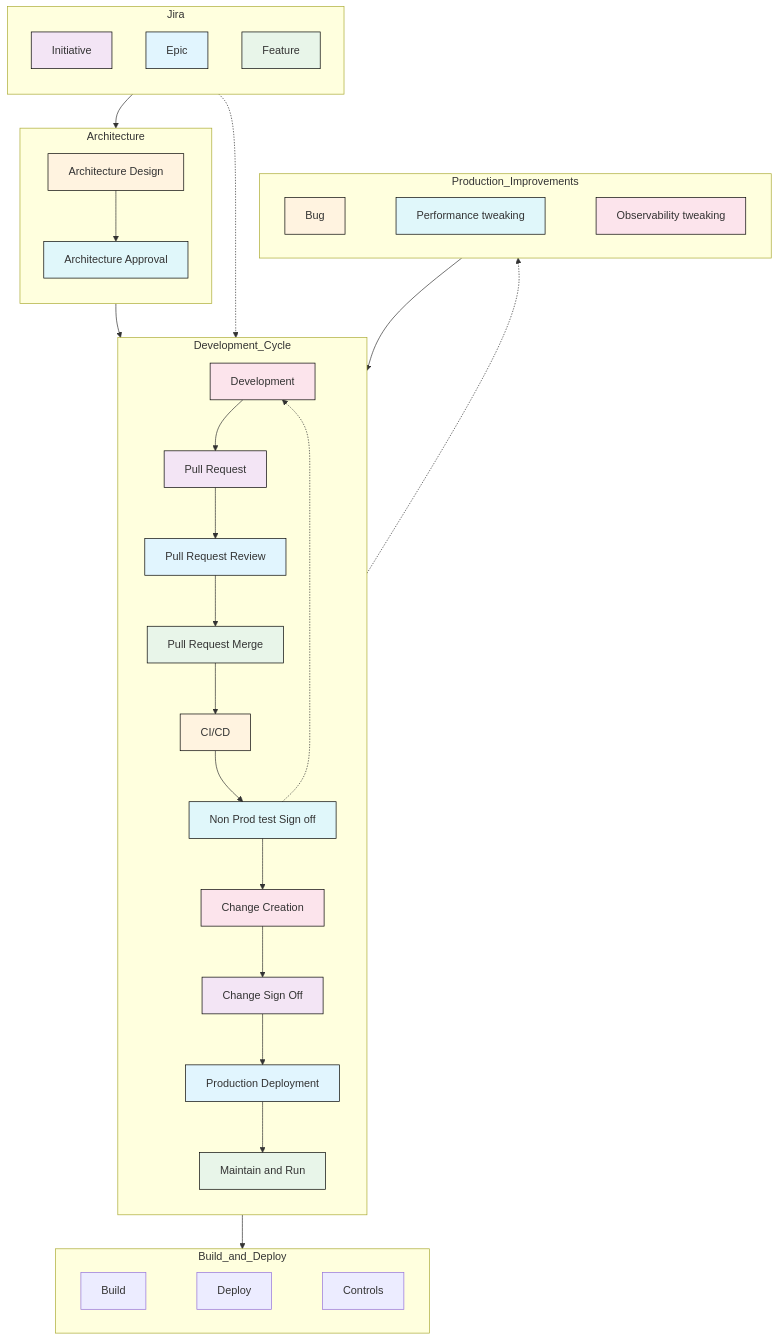
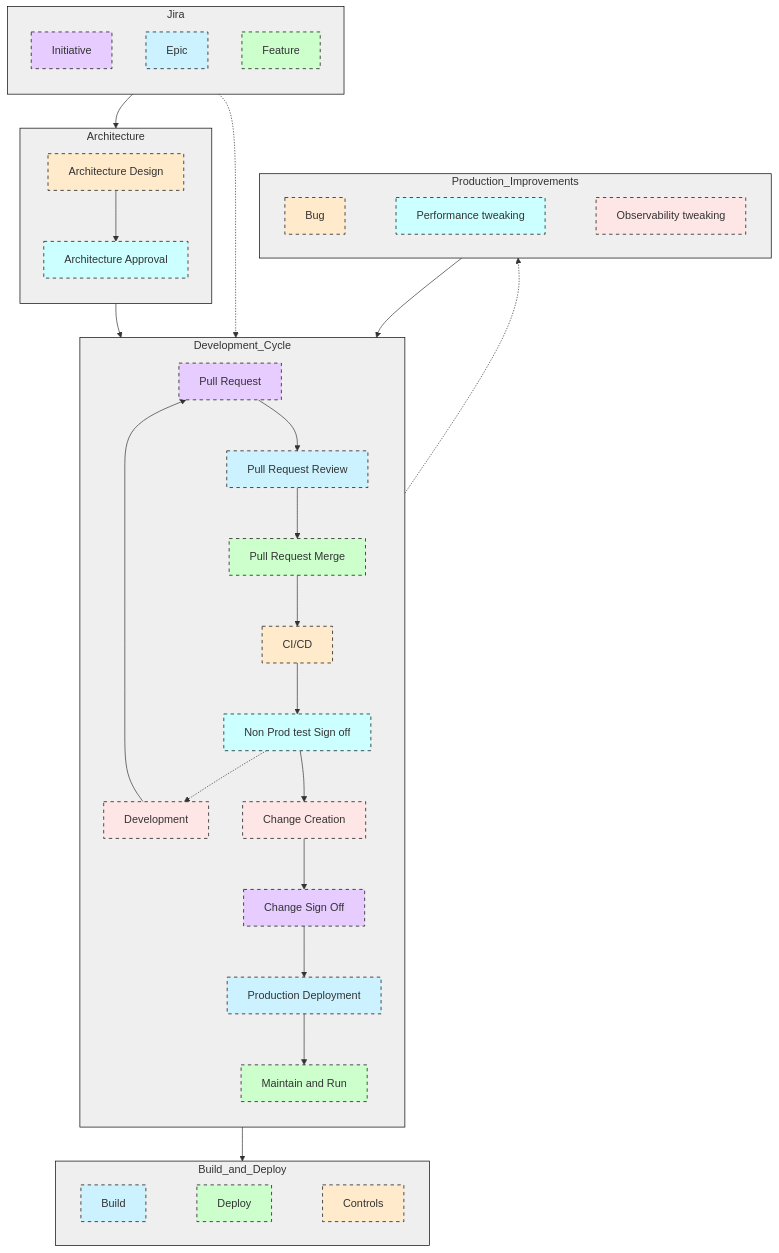
One commit to woutermesker/CycleTime changed the diagram in test.md. Above: the diagram before and after it, drawn with Mermaid.

````diff
--- a/test.md
+++ b/test.md
@@ -1,70 +1,86 @@
 ```mermaid
-graph
-
-direction LR
-subgraph Development_Cycle
-        direction TB
-        style F fill:#fce4ec,stroke:#000,stroke-width:1px
-        style G fill:#f3e5f5,stroke:#000,stroke-width:1px
-        style H fill:#e1f5fe,stroke:#000,stroke-width:1px
-        style I fill:#e8f5e9,stroke:#000,stroke-width:1px
-        style J fill:#fff3e0,stroke:#000,stroke-width:1px
-        style K fill:#e0f7fa,stroke:#000,stroke-width:1px
-        style L fill:#fce4ec,stroke:#000,stroke-width:1px
-        style M fill:#f3e5f5,stroke:#000,stroke-width:1px
-        style N fill:#e1f5fe,stroke:#000,stroke-width:1px
-        style O fill:#e8f5e9,stroke:#000,stroke-width:1px
-        F[Development] --> G[Pull Request]
-        G --> H[Pull Request Review]
-        H --> I[Pull Request Merge]
-        I --> J[CI/CD]
-        J --> K[Non Prod test Sign off]
-        K -.-> F
-        K --> L[Change Creation]
-        L --> M[Change Sign Off]
-        M --> N[Production Deployment]
-        N --> O[Maintain and Run]
-    end
-subgraph Architecture
-direction TB
-        style D fill:#fff3e0,stroke:#000,stroke-width:1px
-        style E fill:#e0f7fa,stroke:#000,stroke-width:1px
-        D[Architecture Design] --> E[Architecture Approval]
-        E[Architecture Approval] 
-    end
+flowchart TB
+ subgraph Development_Cycle["Development_Cycle"]
+    direction TB
+        G["Pull Request"]
+        F["Development"]
+        H["Pull Request Review"]
+        I["Pull Request Merge"]
+        J["CI/CD"]
+        K["Non Prod test Sign off"]
+        L["Change Creation"]
+        M["Change Sign Off"]
+        N["Production Deployment"]
+        O["Maintain and Run"]
+  end
+ subgraph Architecture["Architecture"]
+    direction TB
+        E["Architecture Approval"]
+        D["Architecture Design"]
+  end
+ subgraph Jira["Jira"]
+    direction TB
+        A["Initiative"]
+        B["Epic"]
+        C["Feature"]
+  end
+ subgraph Production_Improvements["Production_Improvements"]
+        Q["Performance tweaking"]
+        P["Bug"]
+        R["Observability tweaking"]
+  end
+ subgraph Build_and_Deploy["Build_and_Deploy"]
+    direction LR
+        T["Deploy"]
+        W["Build"]
+        S["Controls"]
+  end
+    F --> G
+    G --> H
+    H --> I
+    I --> J
+    J --> K & Build_and_Deploy
+    K -.-> F
+    K --> L
+    L --> M
+    M --> N
+    N --> O
+    D --> E
+    Architecture --> F
+    Jira --> Architecture
+    Jira -.-> F
+    Production_Improvements --> F
+    O -.-> Production_Improvements
+    P ~~~ Q
+    Q ~~~ R
+    W ~~~ T
+    T ~~~ S
+    style G fill:#e6ccff,stroke:#000,stroke-width:1px,stroke-dasharray: 5 5
+    style F fill:#ffe6e6,stroke:#000,stroke-width:1px,stroke-dasharray: 5 5
+    style H fill:#ccf2ff,stroke:#000,stroke-width:1px,stroke-dasharray: 5 5
+    style I fill:#ccffcc,stroke:#000,stroke-width:1px,stroke-dasharray: 5 5
+    style J fill:#ffebcc,stroke:#000,stroke-width:1px,stroke-dasharray: 5 5
+    style K fill:#ccffff,stroke:#000,stroke-width:1px,stroke-dasharray: 5 5
+    style L fill:#ffe6e6,stroke:#000,stroke-width:1px,stroke-dasharray: 5 5
+    style M fill:#e6ccff,stroke:#000,stroke-width:1px,stroke-dasharray: 5 5
+    style N fill:#ccf2ff,stroke:#000,stroke-width:1px,stroke-dasharray: 5 5
+    style O fill:#ccffcc,stroke:#000,stroke-width:1px,stroke-dasharray: 5 5
+    style E fill:#ccffff,stroke:#000,stroke-width:1px,stroke-dasharray: 5 5
+    style D fill:#ffebcc,stroke:#000,stroke-width:1px,stroke-dasharray: 5 5
+    style A fill:#e6ccff,stroke:#000,stroke-width:1px,stroke-dasharray: 5 5
+    style B fill:#ccf2ff,stroke:#000,stroke-width:1px,stroke-dasharray: 5 5
+    style C fill:#ccffcc,stroke:#000,stroke-width:1px,stroke-dasharray: 5 5
+    style Q fill:#ccffff,stroke:#000,stroke-width:1px,stroke-dasharray: 5 5
+    style P fill:#ffebcc,stroke:#000,stroke-width:1px,stroke-dasharray: 5 5
+    style R fill:#ffe6e6,stroke:#000,stroke-width:1px,stroke-dasharray: 5 5
+    style T fill:#ccffcc,stroke:#000,stroke-width:1px,stroke-dasharray: 5 5
+    style W fill:#ccf2ff,stroke:#000,stroke-width:1px,stroke-dasharray: 5 5
+    style S fill:#ffebcc,stroke:#000,stroke-width:1px,stroke-dasharray: 5 5
+    style Build_and_Deploy stroke:#000,fill:#eeee
+    style Architecture fill:#eeee, stroke:#000
+    style Jira fill:#eeee, stroke:#000
+    style Production_Improvements fill:#eeee, stroke:#000
+    style Development_Cycle fill:#eeee, stroke:#000
 
 
-subgraph Jira
-direction TB
-        style A fill:#f3e5f5,stroke:#000,stroke-width:1px
-        style B fill:#e1f5fe,stroke:#000,stroke-width:1px
-        style C fill:#e8f5e9,stroke:#000,stroke-width:1px
-        A[Initiative] 
-        B[Epic] 
-        C[Feature]
-    end
- 
-   
-  
- 
-  Architecture --> F
-  Jira --> Architecture
-  Jira -.-> F
-  Production_Improvements --> F
-  J --> Build_and_Deploy
-  O -.-> Production_Improvements
-
-    subgraph Production_Improvements
-        style P fill:#fff3e0,stroke:#000,stroke-width:1px
-        style Q fill:#e0f7fa,stroke:#000,stroke-width:1px
-        style R fill:#fce4ec,stroke:#000,stroke-width:1px
-        P[Bug] ~~~ Q
-        Q[Performance tweaking] ~~~ R
-        R[Observability tweaking]
-    end
-   subgraph Build_and_Deploy
-direction LR
-        W[Build] ~~~ T[Deploy]
-        T[Deploy] ~~~ S[Controls]
-    end
 ```
````
